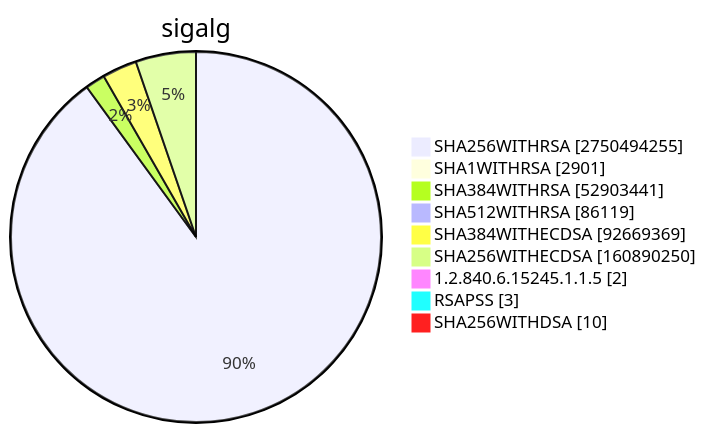
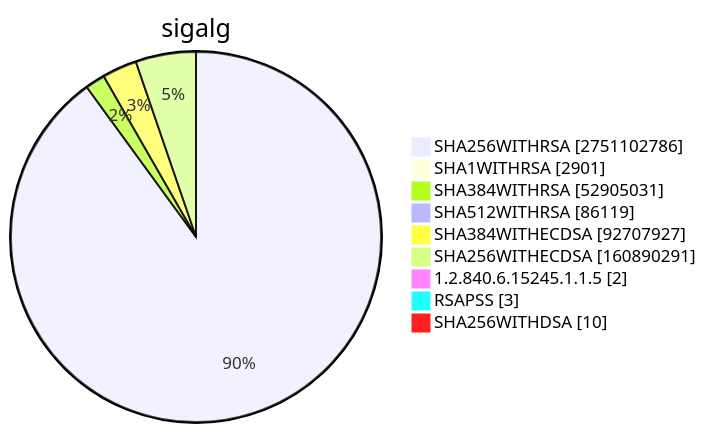
Diagram 15 of 15 in TOTAL/README.md (christiankrug/ctmonitor_visualization), drawn with Mermaid before and after one commit. The commit also changed other lines of this file, not shown here.

````diff
--- a/TOTAL/README.md
+++ b/TOTAL/README.md
@@ -6207,13 +6207,13 @@
 ```mermaid
 pie showData
 title sigalg
-"SHA256WITHRSA" :2750494255
+"SHA256WITHRSA" :2751102786
 "SHA1WITHRSA" :2901
-"SHA384WITHRSA" :52903441
+"SHA384WITHRSA" :52905031
 "SHA512WITHRSA" :86119
-"SHA384WITHECDSA" :92669369
-"SHA256WITHECDSA" :160890250
+"SHA384WITHECDSA" :92707927
+"SHA256WITHECDSA" :160890291
 "1.2.840.6.15245.1.1.5" :2
 "RSAPSS" :3
 "SHA256WITHDSA" :10
 ```
````
